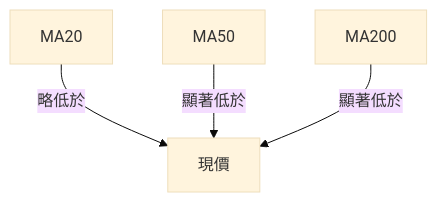
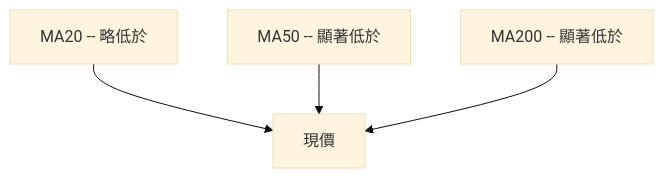
The sixth of 11 diagrams in ai_gen_report/stock/nvda/technical_analysis_2026-04-03_openai.md (yennanliu/finance_data), drawn with Mermaid (base theme) before and after one commit. The commit also changed other lines of this file and 2258 other files, not shown here.

First line of the commit message:
chore: backfill Mermaid syntax repair across existing reports

````diff
--- a/ai_gen_report/stock/nvda/technical_analysis_2026-04-03_openai.md
+++ b/ai_gen_report/stock/nvda/technical_analysis_2026-04-03_openai.md
@@ -245,6 +245,6 @@
 ```mermaid
 graph TD
-    MA20 -- 略低於 --> 現價
-    MA50 -- 顯著低於 --> 現價
-    MA200 -- 顯著低於 --> 現價
+    nb1["MA20 -- 略低於"] --> 現價
+    nb2["MA50 -- 顯著低於"] --> 現價
+    nb3["MA200 -- 顯著低於"] --> 現價
 ```
````
